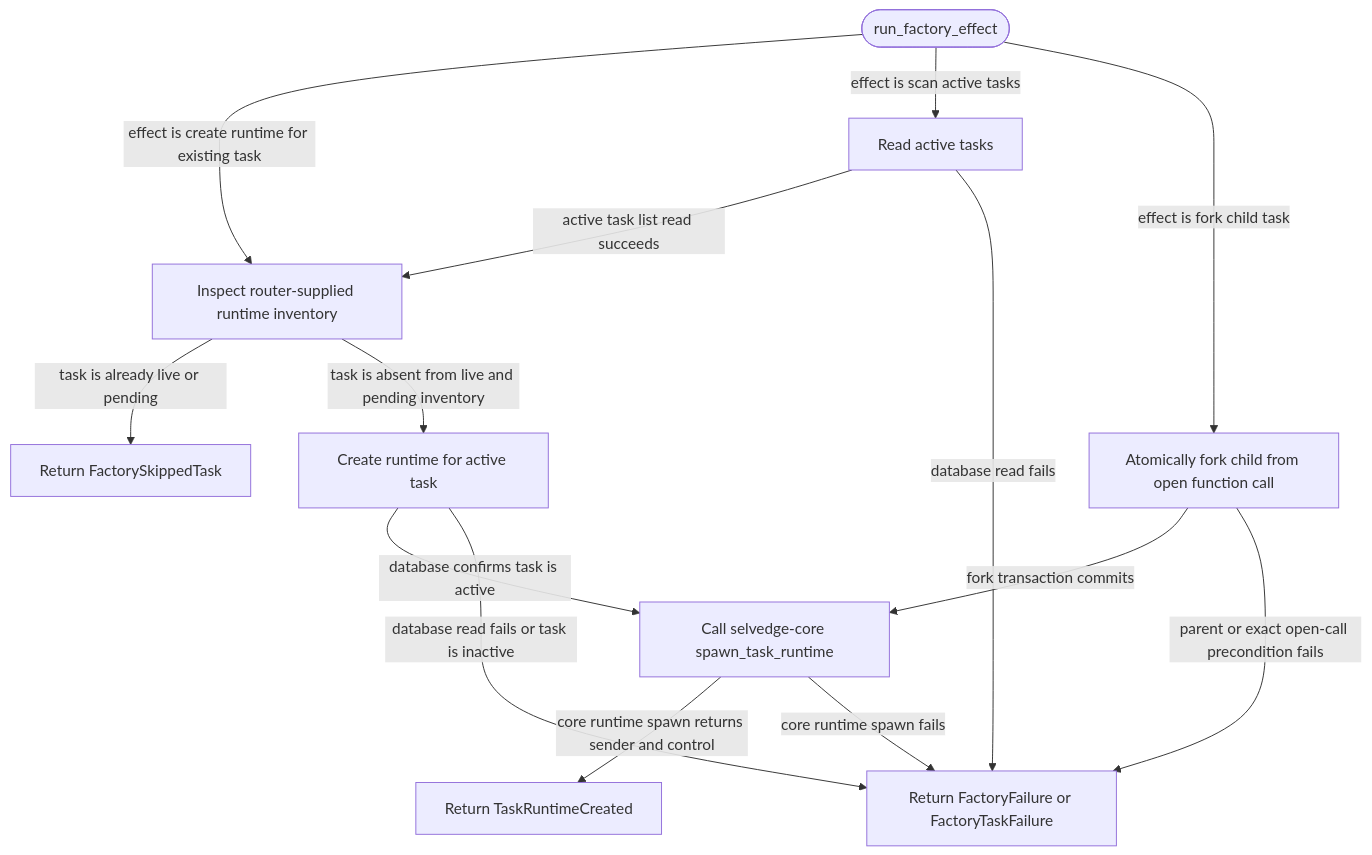
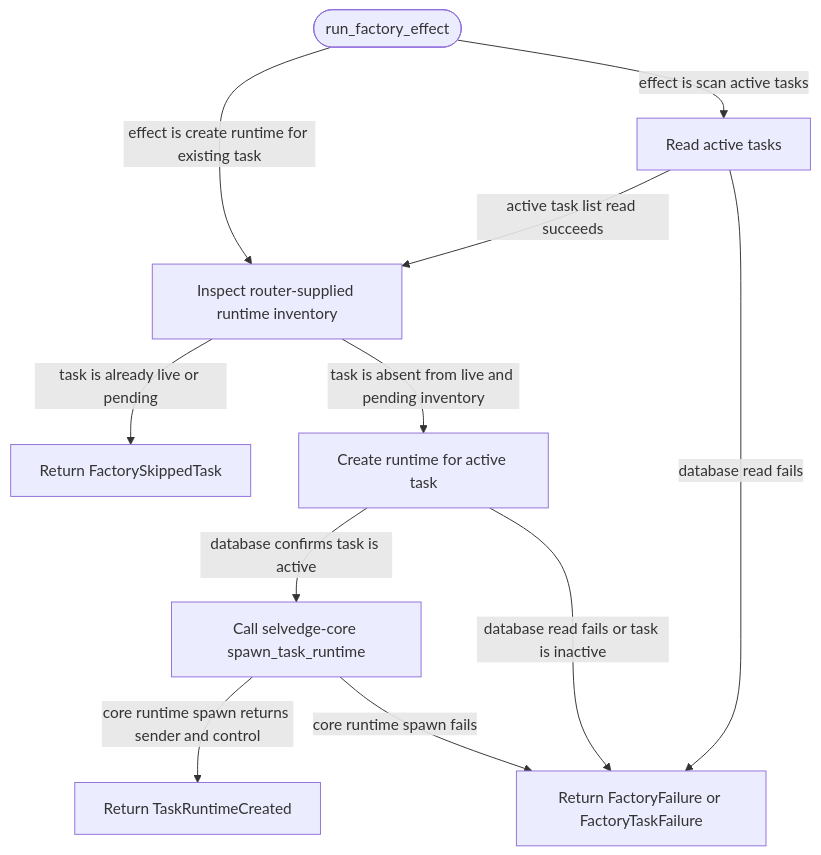
One commit to JiaJunDeng5930/Selvedge changed the diagram in crates/task-runtime-factory/README.md. Above: the diagram before and after it, drawn with Mermaid. The commit also changed other lines of this file and 17 other files, not shown here.

Commit message:
feat(harness): return fork task branches

````diff
--- a/crates/task-runtime-factory/README.md
+++ b/crates/task-runtime-factory/README.md
@@ -22,26 +20,22 @@
 ```mermaid
 flowchart TD
   Start([run_factory_effect])
   InspectInventory[Inspect router-supplied runtime inventory]
   CreateRuntime[Create runtime for active task]
   ScanTasks[Read active tasks]
-  CreateChild[Atomically fork child from open function call]
   Spawn[Call selvedge-core spawn_task_runtime]
   OutputCreated[Return TaskRuntimeCreated]
   OutputSkipped[Return FactorySkippedTask]
   OutputFailure[Return FactoryFailure or FactoryTaskFailure]
 
   Start -->|effect is create runtime for existing task| InspectInventory
   Start -->|effect is scan active tasks| ScanTasks
-  Start -->|effect is fork child task| CreateChild
   InspectInventory -->|task is already live or pending| OutputSkipped
   InspectInventory -->|task is absent from live and pending inventory| CreateRuntime
   CreateRuntime -->|database confirms task is active| Spawn
   CreateRuntime -->|database read fails or task is inactive| OutputFailure
   ScanTasks -->|active task list read succeeds| InspectInventory
   ScanTasks -->|database read fails| OutputFailure
-  CreateChild -->|fork transaction commits| Spawn
-  CreateChild -->|parent or exact open-call precondition fails| OutputFailure
   Spawn -->|core runtime spawn returns sender and control| OutputCreated
   Spawn -->|core runtime spawn fails| OutputFailure
 ```
````
